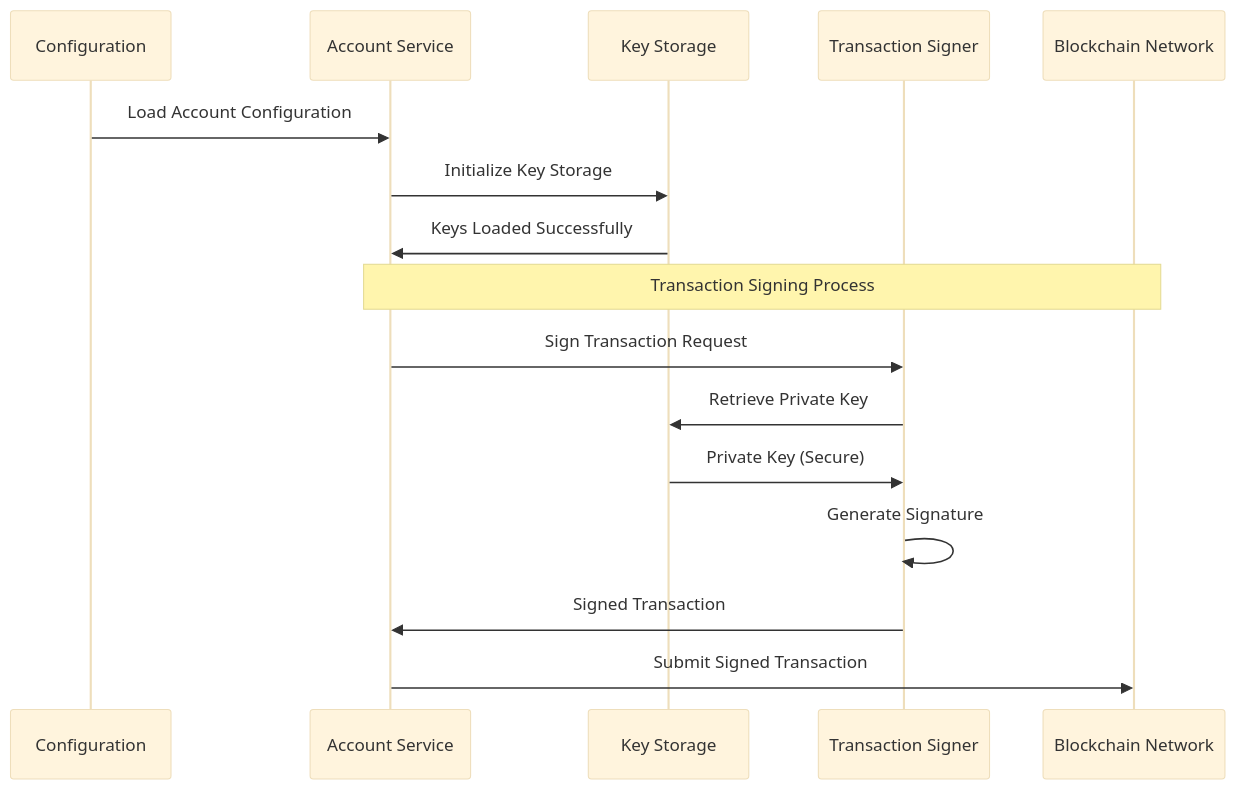
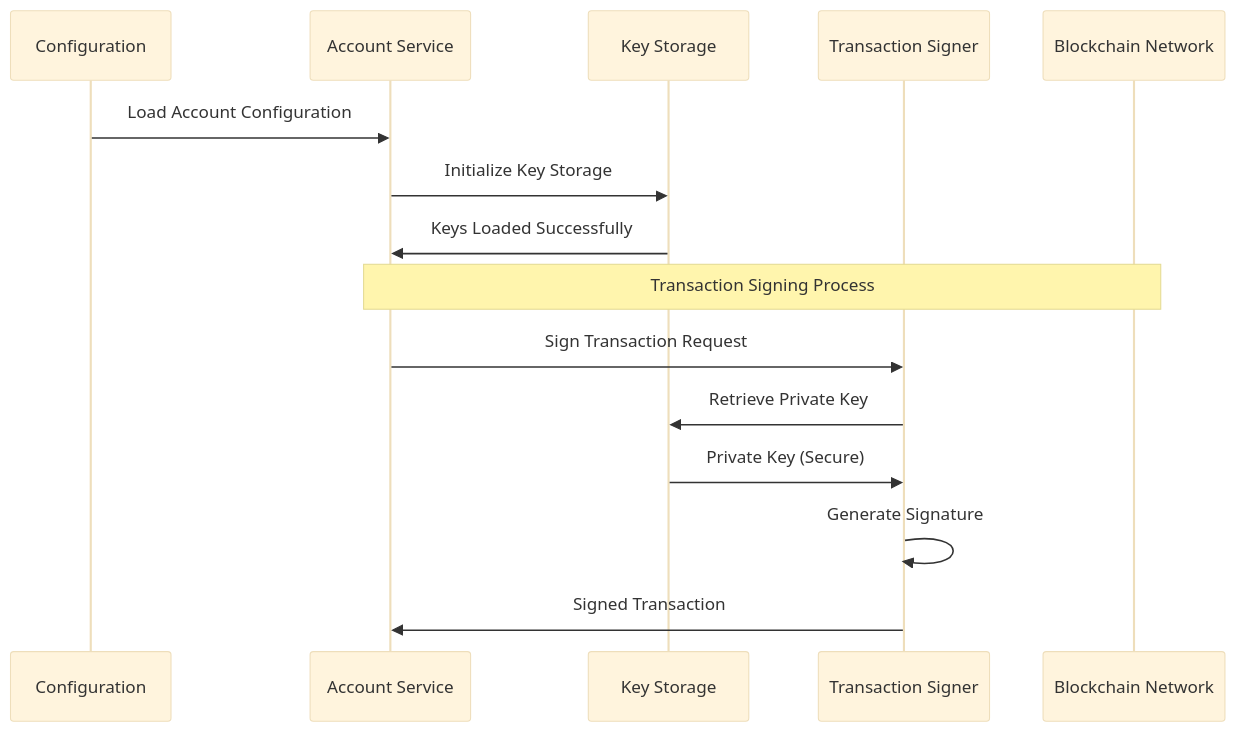
The second of 2 diagrams in docs/developer/crates/solver-account.md (openintentsframework/oif-solver), drawn with Mermaid (base theme) before and after one commit. The commit also changed other lines of this file, not shown here.

Commit message:
docs: Fix account flow

````diff
--- a/docs/developer/crates/solver-account.md
+++ b/docs/developer/crates/solver-account.md
@@ -40,20 +39,19 @@
 ```mermaid
 sequenceDiagram
     participant Config as Configuration
     participant Account as Account Service
     participant KeyStore as Key Storage
     participant Signer as Transaction Signer
     participant Network as Blockchain Network
 
     Config->>Account: Load Account Configuration
     Account->>KeyStore: Initialize Key Storage
     KeyStore->>Account: Keys Loaded Successfully
 
     Note over Account,Network: Transaction Signing Process
     Account->>Signer: Sign Transaction Request
     Signer->>KeyStore: Retrieve Private Key
     KeyStore->>Signer: Private Key (Secure)
     Signer->>Signer: Generate Signature
     Signer->>Account: Signed Transaction
-    Account->>Network: Submit Signed Transaction
 ```
````
